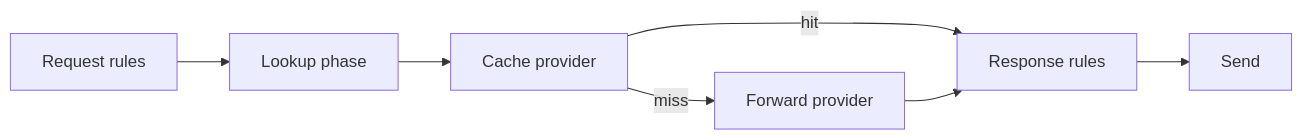
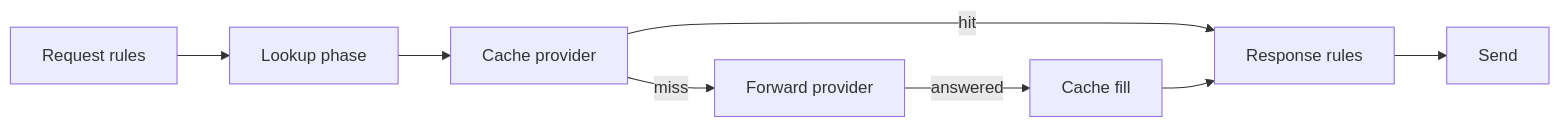
Before and after one commit to egon1024/DNSConduit: the diagram in operator-docs/docs/guides/dns-answer-cache.md, drawn with Mermaid. The commit also changed other lines of this file and 80 other files, not shown here.

````diff
--- a/operator-docs/docs/guides/dns-answer-cache.md
+++ b/operator-docs/docs/guides/dns-answer-cache.md
@@ -90,16 +90,18 @@
 ```mermaid
 flowchart LR
   RR[Request rules]
   L[Lookup phase]
   C[Cache provider]
   F[Forward provider]
+  Fill[Cache fill]
   RS[Response rules]
   S[Send]
 
   RR --> L
   L --> C
   C -->|hit| RS
   C -->|miss| F
-  F --> RS
+  F -->|answered| Fill
+  Fill --> RS
   RS --> S
 ```
````
